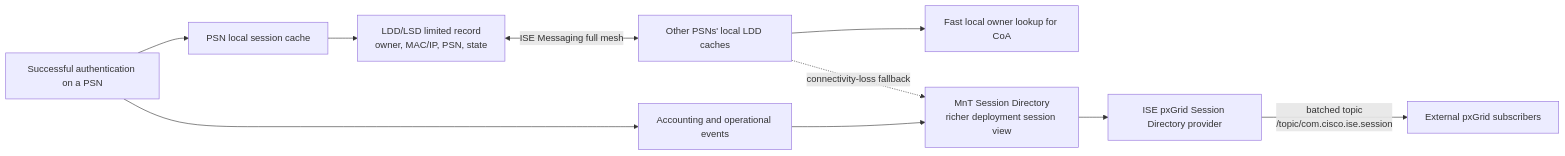
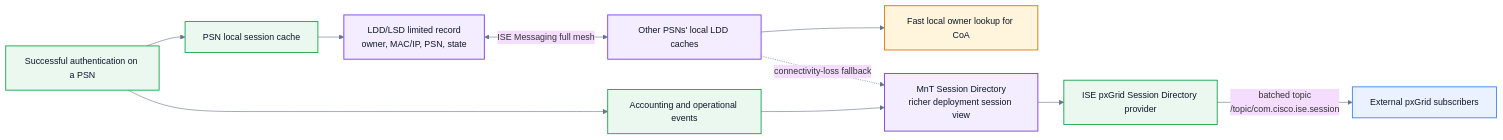
Before and after one commit to josh-j/evidence: the fourth of 5 diagrams in cisco-ise-3-5-p3-admin-gui-2026-08-30/ise-cluster-architecture.md, drawn with Mermaid. The commit also changed other lines of this file and 1 other file, not shown here.

Commit message:
docs(ise): clarify clustered architecture diagrams

````diff
--- a/cisco-ise-3-5-p3-admin-gui-2026-08-30/ise-cluster-architecture.md
+++ b/cisco-ise-3-5-p3-admin-gui-2026-08-30/ise-cluster-architecture.md
@@ -238,14 +225,24 @@
 ```mermaid
+%%{init: {"theme":"base","flowchart":{"curve":"basis","nodeSpacing":30,"rankSpacing":44},"themeVariables":{"fontFamily":"Inter,Segoe UI,Arial,sans-serif","fontSize":"15px","lineColor":"#64748b","clusterBkg":"#ffffff","clusterBorder":"#cbd5e1"}}}%%
 flowchart LR
     auth[Successful authentication on a PSN] --> local[PSN local session cache]
     local --> limited[LDD/LSD limited record<br/>owner, MAC/IP, PSN, state]
     limited <-->|ISE Messaging full mesh| peers[Other PSNs' local LDD caches]
     peers --> coa[Fast local owner lookup for CoA]
 
     auth --> event[Accounting and operational events]
     event --> mnt[MnT Session Directory<br/>richer deployment session view]
     mnt --> provider[ISE pxGrid Session Directory provider]
     provider -->|batched topic<br/>/topic/com.cisco.ise.session| subscriber[External pxGrid subscribers]
 
     peers -. connectivity-loss fallback .-> mnt
+
+    classDef external fill:#eaf2ff,stroke:#3b82f6,color:#0f172a,stroke-width:1.5px;
+    classDef service fill:#eaf8f0,stroke:#16a34a,color:#0f172a,stroke-width:1.5px;
+    classDef store fill:#f3edff,stroke:#7c3aed,color:#0f172a,stroke-width:1.5px;
+    classDef ingress fill:#fff4dc,stroke:#d97706,color:#0f172a,stroke-width:1.5px;
+    class auth,local,event,provider service;
+    class limited,peers,mnt store;
+    class coa ingress;
+    class subscriber external;
 ```
````
